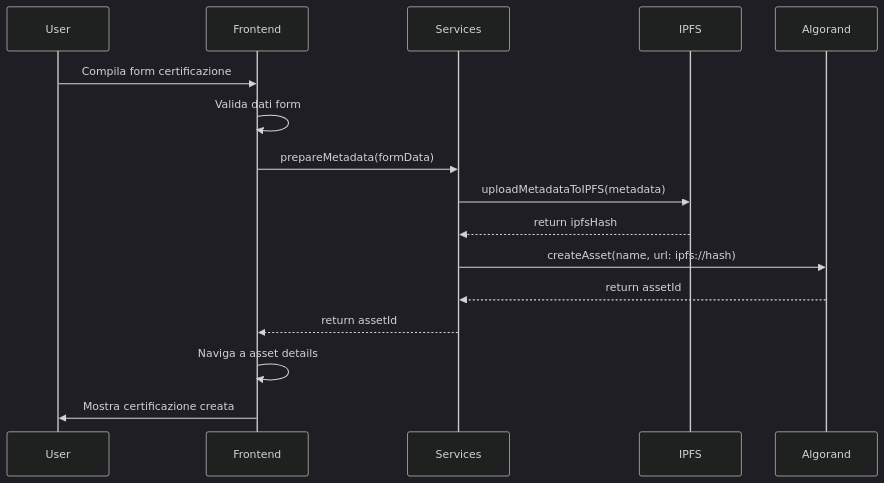
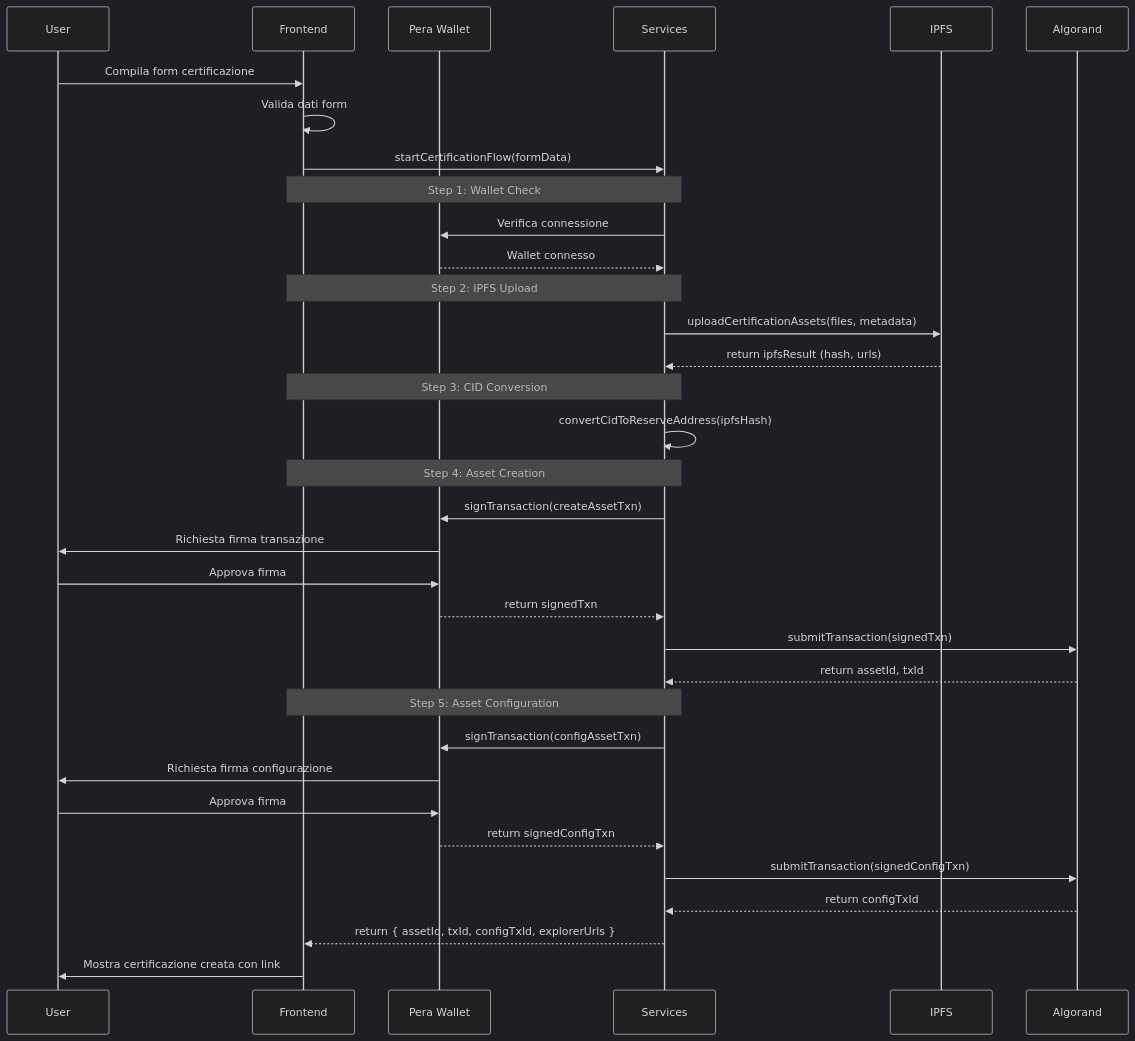
One commit to ArtCertify/ArtCertify changed the first of 4 diagrams in docs/ARCHITECTURE.md. Above: the diagram before and after it, drawn with Mermaid (dark theme). The commit also changed other lines of this file and 4 other files, not shown here.

````diff
--- a/docs/ARCHITECTURE.md
+++ b/docs/ARCHITECTURE.md
@@ -88,19 +110,43 @@
 ```mermaid
 sequenceDiagram
     participant U as User
     participant F as Frontend
+    participant P as Pera Wallet
     participant S as Services
     participant I as IPFS
     participant A as Algorand
 
     U->>F: Compila form certificazione
     F->>F: Valida dati form
-    F->>S: prepareMetadata(formData)
-    S->>I: uploadMetadataToIPFS(metadata)
-    I-->>S: return ipfsHash
-    S->>A: createAsset(name, url: ipfs://hash)
-    A-->>S: return assetId
-    S-->>F: return assetId
-    F->>F: Naviga a asset details
-    F->>U: Mostra certificazione creata
+    F->>S: startCertificationFlow(formData)
+    
+    Note over F,S: Step 1: Wallet Check
+    S->>P: Verifica connessione
+    P-->>S: Wallet connesso
+    
+    Note over F,S: Step 2: IPFS Upload
+    S->>I: uploadCertificationAssets(files, metadata)
+    I-->>S: return ipfsResult (hash, urls)
+    
+    Note over F,S: Step 3: CID Conversion
+    S->>S: convertCidToReserveAddress(ipfsHash)
+    
+    Note over F,S: Step 4: Asset Creation
+    S->>P: signTransaction(createAssetTxn)
+    P->>U: Richiesta firma transazione
+    U->>P: Approva firma
+    P-->>S: return signedTxn
+    S->>A: submitTransaction(signedTxn)
+    A-->>S: return assetId, txId
+    
+    Note over F,S: Step 5: Asset Configuration
+    S->>P: signTransaction(configAssetTxn)
+    P->>U: Richiesta firma configurazione
+    U->>P: Approva firma
+    P-->>S: return signedConfigTxn
+    S->>A: submitTransaction(signedConfigTxn)
+    A-->>S: return configTxId
+    
+    S-->>F: return { assetId, txId, configTxId, explorerUrls }
+    F->>U: Mostra certificazione creata con link
 ```
````
